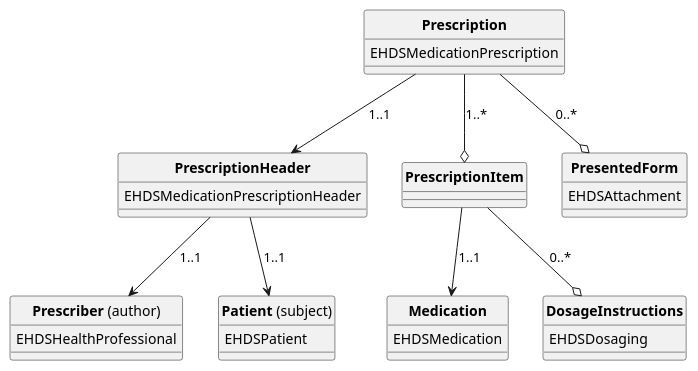
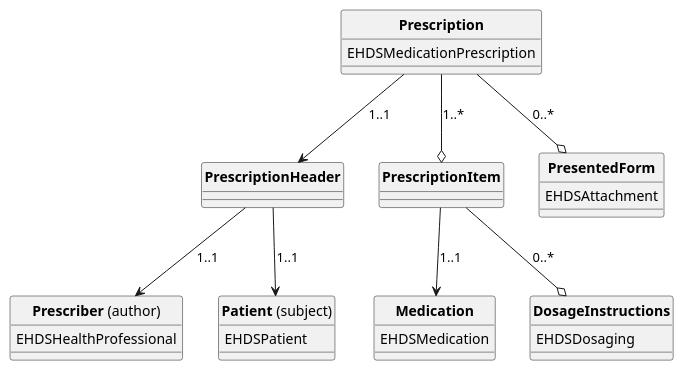
Before and after one commit to Xt-EHR/xt-ehr-common: the diagram in input/images-source/prescription.plantuml, drawn with PlantUML. The commit also changed 2 other files, not shown here.

Commit message:
remove Header from prescription diagram

```diff
--- a/input/images-source/prescription.plantuml
+++ b/input/images-source/prescription.plantuml
@@ -1,55 +1,55 @@
 @startuml
 skinparam linetype polyline
 hide circle
 hide stereotype
 
 
 class "**Prescription**" as eP{
   EHDSMedicationPrescription 
 }
 
 eP --> Header: "1..1"
 eP --o Item: "1..*"
 eP --o PresentedForm: "0..*"
 
 class "**Prescriber** (author)" as Prescriber{
   EHDSHealthProfessional   
   
 }
 
 class "**Patient** (subject)" as Patient{
   EHDSPatient   
 
 }
 
 class "**PrescriptionHeader**" as Header{
-  EHDSMedicationPrescriptionHeader   
+     
 
 }
 
 Header --> Prescriber: "1..1"
 Header --> Patient: "1..1"
 
 
 class "**PrescriptionItem**" as Item{ 
 }
 
 Item --> Medication: "1..1"
 Item --o Dosage: "0..*"
 
 
 class "**DosageInstructions**" as Dosage{
   EHDSDosaging   
  
 }
 
 class "**Medication**" as Medication{
   EHDSMedication
  
 }
 
 class "**PresentedForm**" as PresentedForm{
   EHDSAttachment   
  
 }
 @enduml
```
